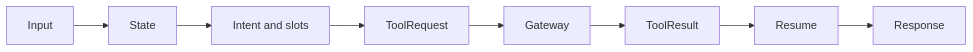
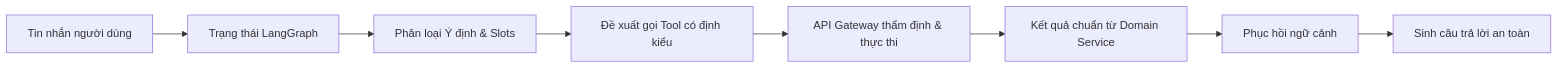
One commit to codecuatai/P-018 changed the diagram in docs/architecture/agent-architecture.md. Above: the diagram before and after it, drawn with Mermaid. The commit also changed other lines of this file and 71 other files, not shown here.

````diff
--- a/docs/architecture/agent-architecture.md
+++ b/docs/architecture/agent-architecture.md
@@ -5,8 +9,10 @@
 ```mermaid
 flowchart LR
-  Input --> State --> Intent[Intent and slots]
-  Intent --> ToolRequest
-  ToolRequest --> Gateway
-  Gateway --> ToolResult
-  ToolResult --> Resume --> Response
+    UserInput[Tin nhắn người dùng] --> State[Trạng thái LangGraph]
+    State --> Intent[Phân loại Ý định & Slots]
+    Intent --> ToolRequest[Đề xuất gọi Tool có định kiểu]
+    ToolRequest --> Gateway[API Gateway thẩm định & thực thi]
+    Gateway --> ToolResult[Kết quả chuẩn từ Domain Service]
+    ToolResult --> Resume[Phục hồi ngữ cảnh]
+    Resume --> SafeResponse[Sinh câu trả lời an toàn]
 ```
````
